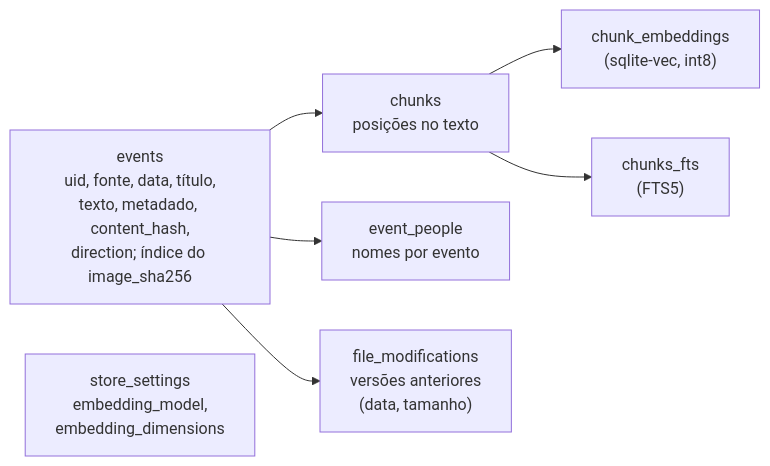
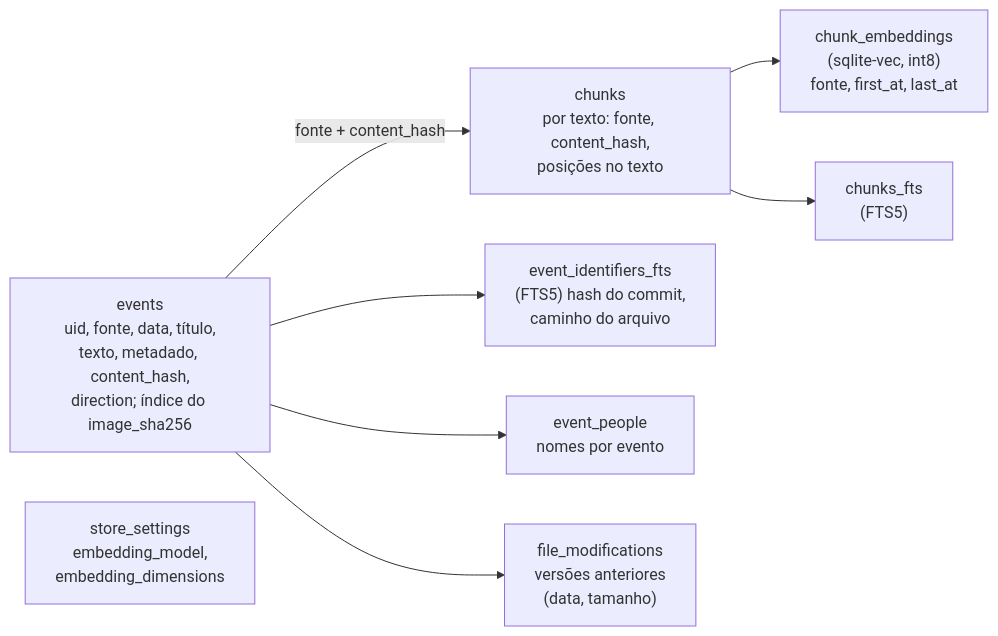
Before and after one commit to Chipskein/cade: diagram 12 of 12 in docs/ARCHITECTURE.md, drawn with Mermaid. The commit also changed other lines of this file and 8 other files, not shown here.

````diff
--- a/docs/ARCHITECTURE.md
+++ b/docs/ARCHITECTURE.md
@@ -463,16 +463,18 @@
 ```mermaid
 flowchart LR
     events["events<br/>uid, fonte, data, título,<br/>texto, metadado, content_hash,<br/>direction; índice do image_sha256"]
-    chunks["chunks<br/>posições no texto"]
-    vec["chunk_embeddings<br/>(sqlite-vec, int8)"]
+    chunks["chunks<br/>por texto: fonte, content_hash,<br/>posições no texto"]
+    vec["chunk_embeddings<br/>(sqlite-vec, int8)<br/>fonte, first_at, last_at"]
     fts["chunks_fts<br/>(FTS5)"]
+    ids["event_identifiers_fts<br/>(FTS5) hash do commit,<br/>caminho do arquivo"]
     people["event_people<br/>nomes por evento"]
     files["file_modifications<br/>versões anteriores<br/>(data, tamanho)"]
     settings["store_settings<br/>embedding_model,<br/>embedding_dimensions"]
 
-    events --> chunks
+    events -->|"fonte + content_hash"| chunks
     chunks --> vec
     chunks --> fts
+    events --> ids
     events --> people
     events --> files
 ```
````
